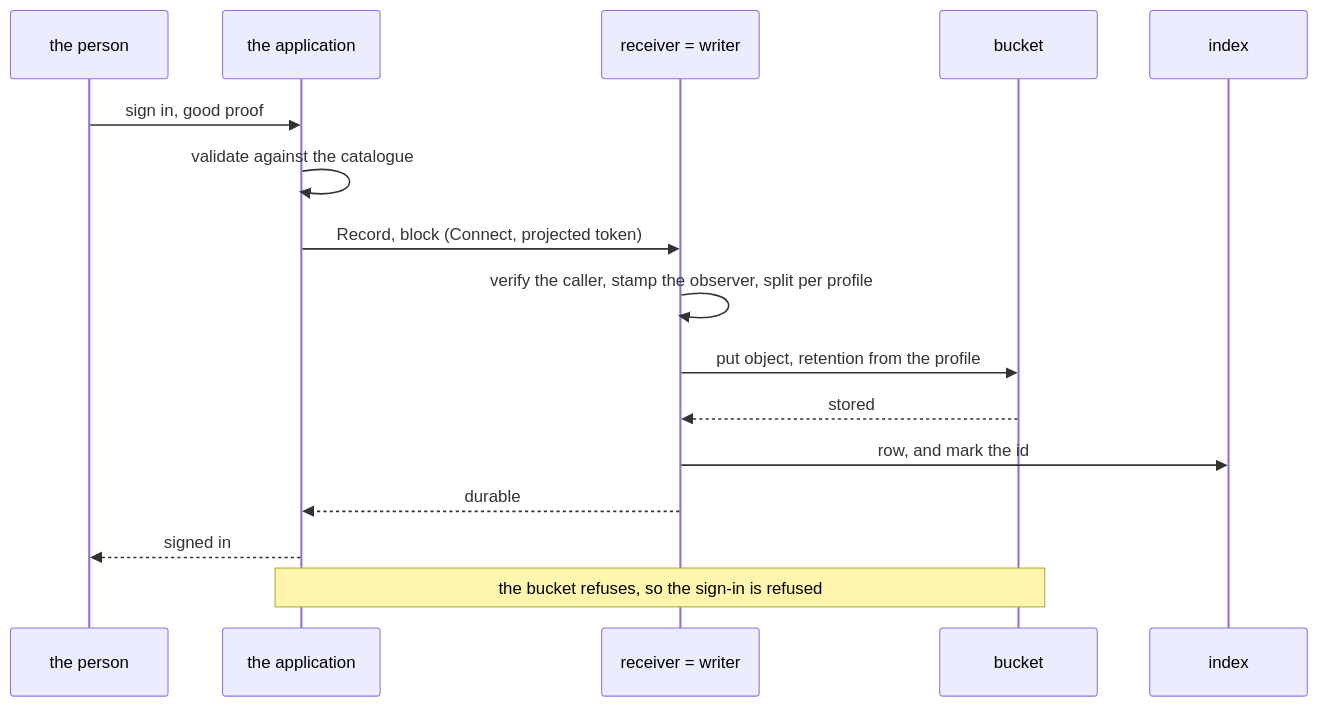
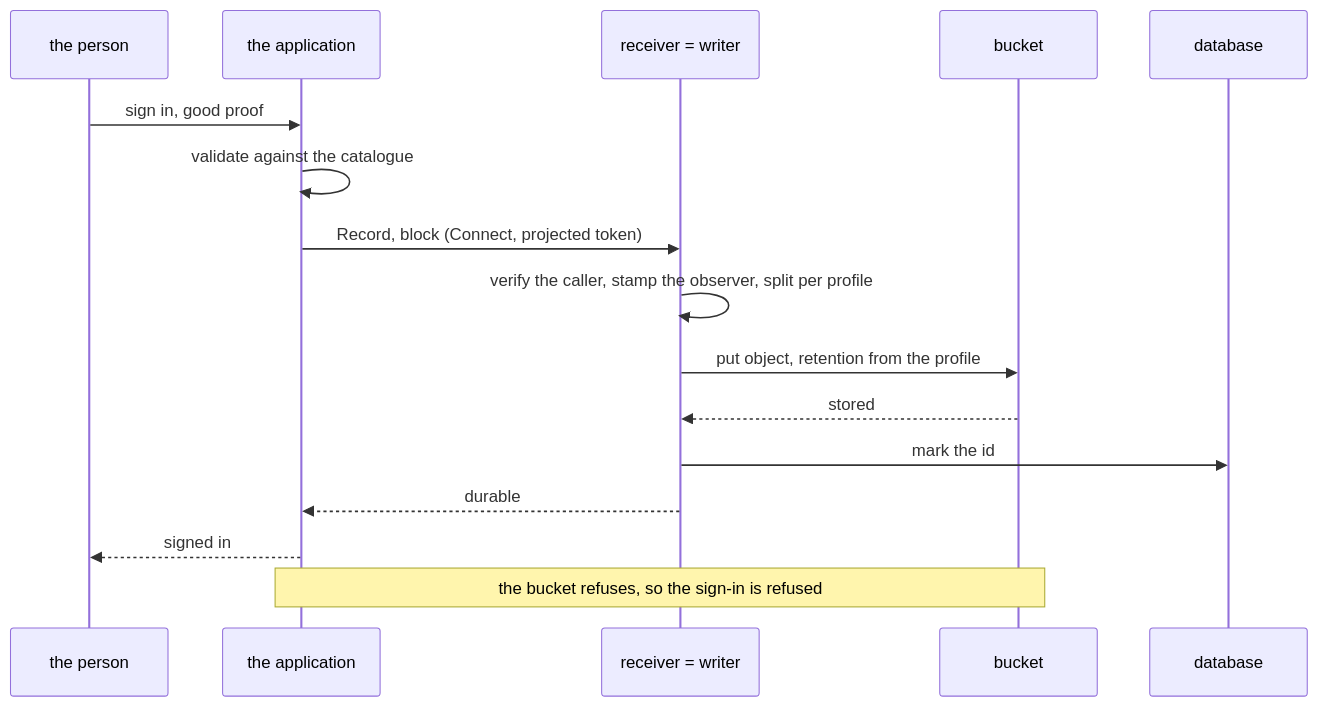
The second of 2 diagrams in docs/deployment/direct.md (truvity/audit), drawn with Mermaid before and after one commit. The commit also changed other lines of this file and 106 other files, not shown here.

````diff
--- a/docs/deployment/direct.md
+++ b/docs/deployment/direct.md
@@ -47,19 +50,19 @@
 ```mermaid
 sequenceDiagram
   participant P as the person
   participant A as the application
   participant R as receiver = writer
   participant S3 as bucket
-  participant PG as index
+  participant PG as database
 
   P->>A: sign in, good proof
   A->>A: validate against the catalogue
   A->>R: Record, block (Connect, projected token)
   R->>R: verify the caller, stamp the observer, split per profile
   R->>S3: put object, retention from the profile
   S3-->>R: stored
-  R->>PG: row, and mark the id
+  R->>PG: mark the id
   R-->>A: durable
   A-->>P: signed in
   Note over A,S3: the bucket refuses, so the sign-in is refused
 ```
````
